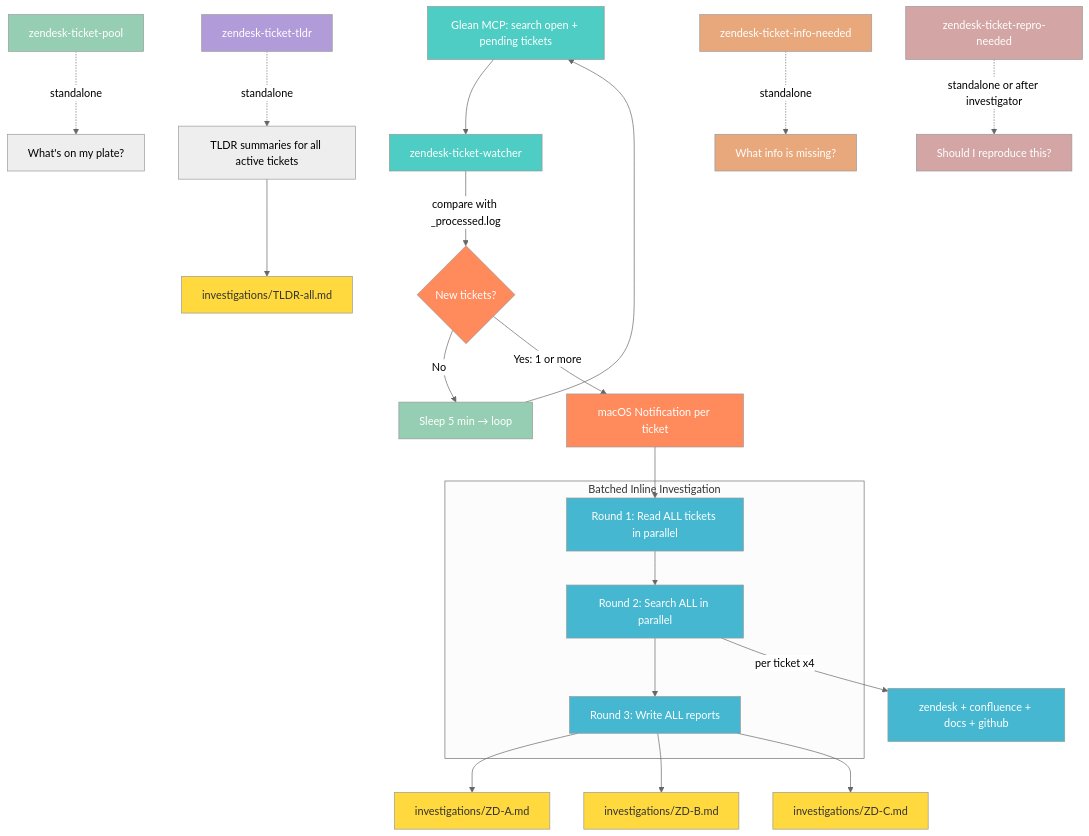
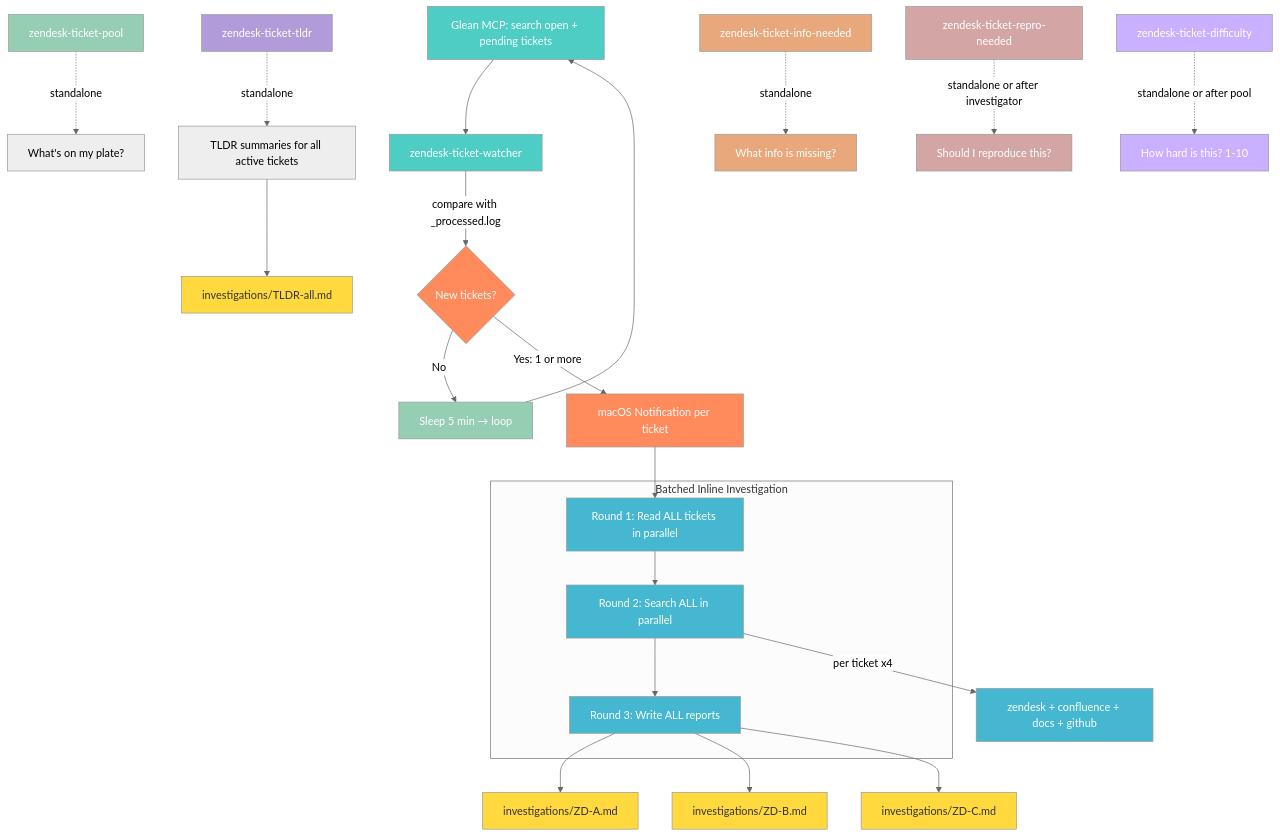
Before and after one commit to ddalexvea/datadog-cursor-diagnose-skills: the diagram in README.md, drawn with Mermaid (neutral theme). The commit also changed other lines of this file and 2 other files, not shown here.

Commit message:
Add zendesk-ticket-difficulty skill
Scores tickets 1-10 based on issue type, product count, environment
complexity, reproduction need, escalation likelihood, and docs coverage.
Runs standalone or auto after ticket-pool to rank the queue.

Made-with: Cursor

````diff
--- a/README.md
+++ b/README.md
@@ -59,46 +60,49 @@
 ```mermaid
 flowchart TD
     A[Glean MCP: search open + pending tickets] --> B[zendesk-ticket-watcher]
     B -->|compare with _processed.log| C{New tickets?}
     C -->|No| S[Sleep 5 min → loop]
     C -->|Yes: 1 or more| N[macOS Notification per ticket]
     N --> R1
 
     subgraph Batched Inline Investigation
         R1[Round 1: Read ALL tickets in parallel] --> R2[Round 2: Search ALL in parallel]
         R2 --> R3[Round 3: Write ALL reports]
     end
 
     R2 -->|per ticket x4| R2D[zendesk + confluence + docs + github]
     R3 --> F1[investigations/ZD-A.md]
     R3 --> F2[investigations/ZD-B.md]
     R3 --> F3[investigations/ZD-C.md]
 
     S --> A
 
     G[zendesk-ticket-pool] -.->|standalone| H[What's on my plate?]
     T[zendesk-ticket-tldr] -.->|standalone| T1[TLDR summaries for all active tickets]
     T1 --> T2[investigations/TLDR-all.md]
     I[zendesk-ticket-info-needed] -.->|standalone| I1[What info is missing?]
     J[zendesk-ticket-repro-needed] -.->|standalone or after investigator| J1[Should I reproduce this?]
+    K[zendesk-ticket-difficulty] -.->|standalone or after pool| K1[How hard is this? 1-10]
 
     style A fill:#4ecdc4,color:#fff
     style B fill:#4ecdc4,color:#fff
     style C fill:#ff8a5c,color:#fff
     style N fill:#ff8a5c,color:#fff
     style R1 fill:#45b7d1,color:#fff
     style R2 fill:#45b7d1,color:#fff
     style R3 fill:#45b7d1,color:#fff
     style R2D fill:#45b7d1,color:#fff
     style F1 fill:#ffd93d,color:#333
     style F2 fill:#ffd93d,color:#333
     style F3 fill:#ffd93d,color:#333
     style S fill:#96ceb4,color:#fff
     style G fill:#96ceb4,color:#fff
     style T fill:#b19cd9,color:#fff
     style T2 fill:#ffd93d,color:#333
     style I fill:#e8a87c,color:#fff
     style I1 fill:#e8a87c,color:#fff
     style J fill:#d4a5a5,color:#fff
     style J1 fill:#d4a5a5,color:#fff
+    style K fill:#c9b1ff,color:#fff
+    style K1 fill:#c9b1ff,color:#fff
 ```
````
